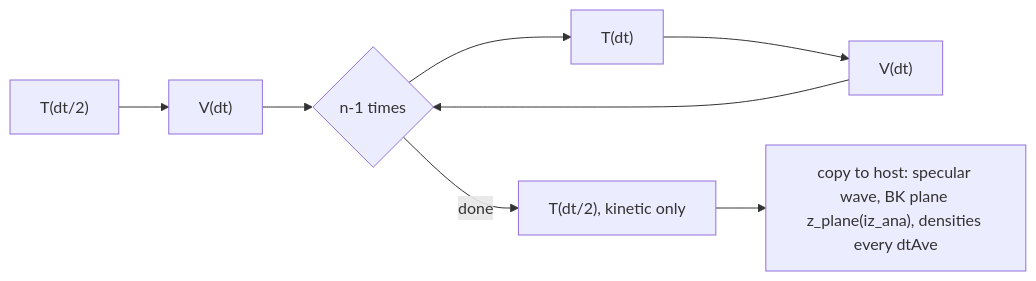
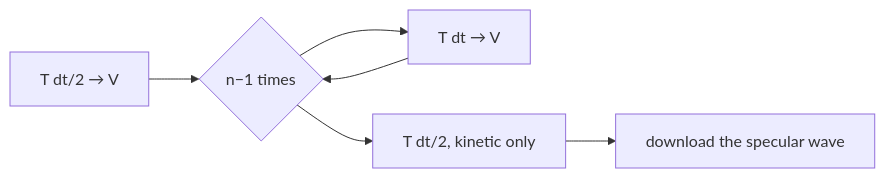
One commit to ewfsmeets/Cpp-SPO-DVR changed the first of 2 diagrams in src/cuda/README.md. Above: the diagram before and after it, drawn with Mermaid. The commit also changed other lines of this file and 2 other files, not shown here.

````diff
--- a/src/cuda/README.md
+++ b/src/cuda/README.md
@@ -94,7 +86,6 @@
 ```mermaid
 flowchart LR
-  A["T(dt/2)"] --> B["V(dt)"] --> C{"n-1 times"}
-  C --> D["T(dt)"] --> E["V(dt)"] --> C
-  C -- done --> F["T(dt/2), kinetic only"]
-  F --> G["copy to host: specular wave, BK plane z_plane(iz_ana), densities every dtAve"]
+  A["T dt/2 → V"] --> L{"n−1 times"}
+  L --> B["T dt → V"] --> L
+  L --> C["T dt/2, kinetic only"] --> D["download the specular wave"]
 ```
````
